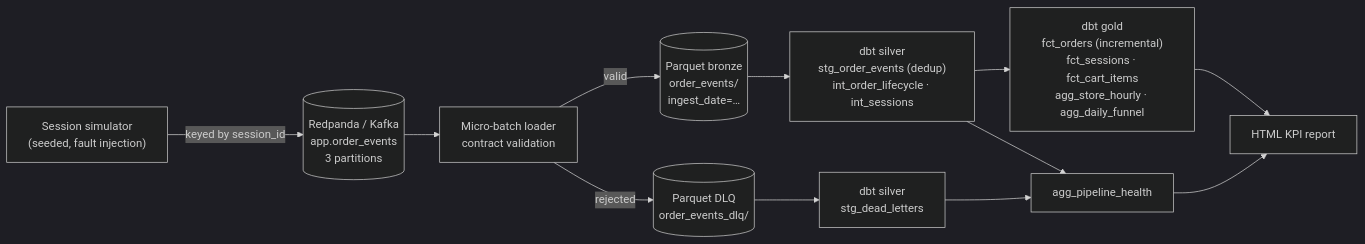
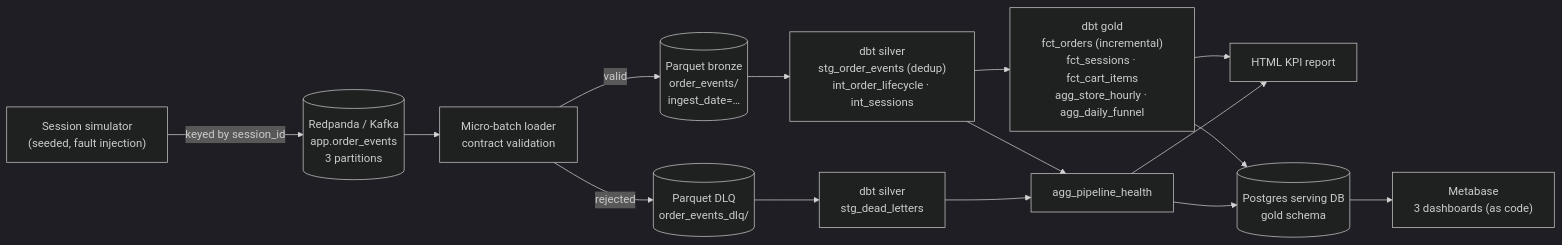
Before and after one commit to almontemike2001-star/pourstream-event-pipeline: the diagram in README.md, drawn with Mermaid (dark theme). The commit also changed other lines of this file and 25 other files, not shown here.

First line of the commit message:
feat: add Postgres serving layer and Metabase dashboards as code

````diff
--- a/README.md
+++ b/README.md
@@ -36,14 +37,17 @@
 ```mermaid
 flowchart LR
     SIM["Session simulator<br/>(seeded, fault injection)"] -->|"keyed by session_id"| K[("Redpanda / Kafka<br/>app.order_events<br/>3 partitions")]
     K --> L["Micro-batch loader<br/>contract validation"]
     L -->|valid| B[("Parquet bronze<br/>order_events/<br/>ingest_date=…")]
     L -->|rejected| D[("Parquet DLQ<br/>order_events_dlq/")]
     B --> S["dbt silver<br/>stg_order_events (dedup)<br/>int_order_lifecycle · int_sessions"]
     D --> S2["dbt silver<br/>stg_dead_letters"]
     S --> G["dbt gold<br/>fct_orders (incremental)<br/>fct_sessions · fct_cart_items<br/>agg_store_hourly · agg_daily_funnel"]
     S --> H["agg_pipeline_health"]
     S2 --> H
     G --> R["HTML KPI report"]
     H --> R
+    G --> P[("Postgres serving DB<br/>gold schema")]
+    H --> P
+    P --> M["Metabase<br/>3 dashboards (as code)"]
 ```
````
